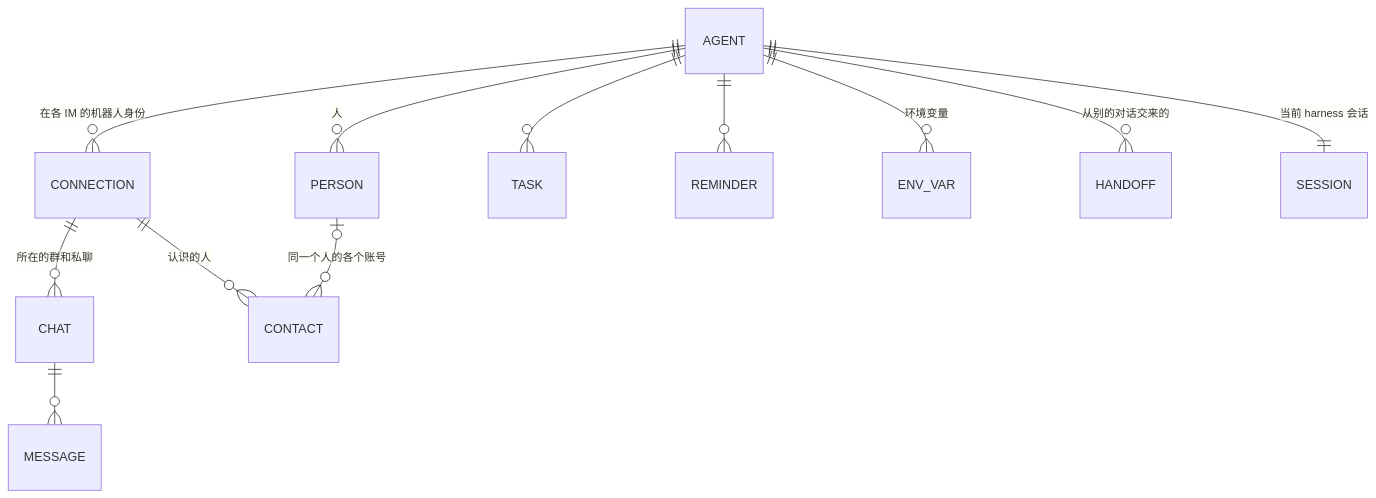
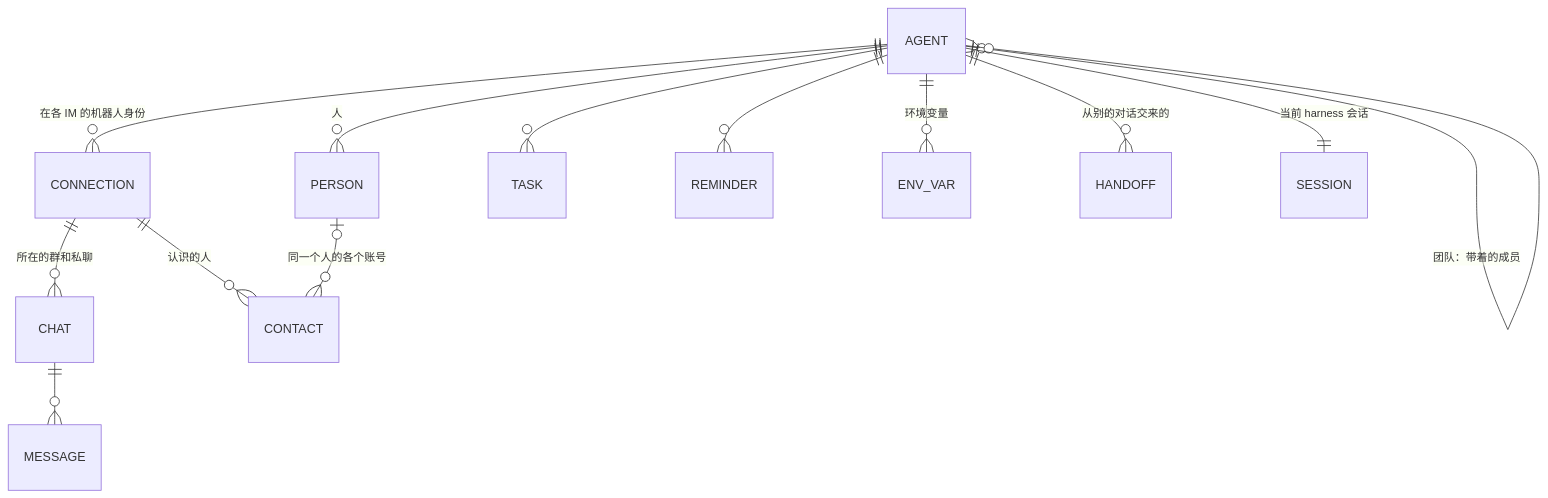
The first of 5 diagrams in docs/spec.md (Katzeee/Mingle), drawn with Mermaid before and after one commit. The commit also changed other lines of this file and 22 other files, not shown here.

````diff
--- a/docs/spec.md
+++ b/docs/spec.md
@@ -70,14 +70,15 @@
 ```mermaid
 erDiagram
   AGENT ||--o{ CONNECTION : "在各 IM 的机器人身份"
   CONNECTION ||--o{ CHAT : "所在的群和私聊"
   CONNECTION ||--o{ CONTACT : "认识的人"
   AGENT ||--o{ PERSON : "人"
   PERSON |o--o{ CONTACT : "同一个人的各个账号"
   CHAT ||--o{ MESSAGE : ""
   AGENT ||--o{ TASK : ""
   AGENT ||--o{ REMINDER : ""
   AGENT ||--o{ ENV_VAR : "环境变量"
   AGENT ||--o{ HANDOFF : "从别的对话交来的"
+  AGENT |o--o{ AGENT : "团队：带着的成员"
   AGENT ||--|| SESSION : "当前 harness 会话"
 ```
````
